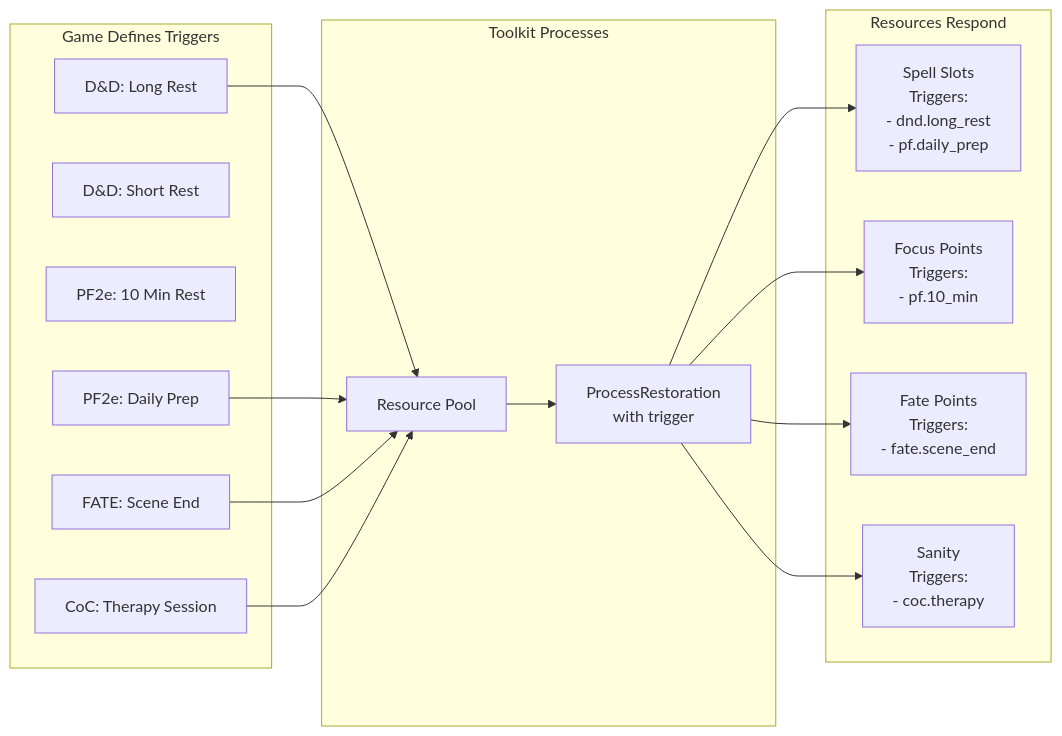
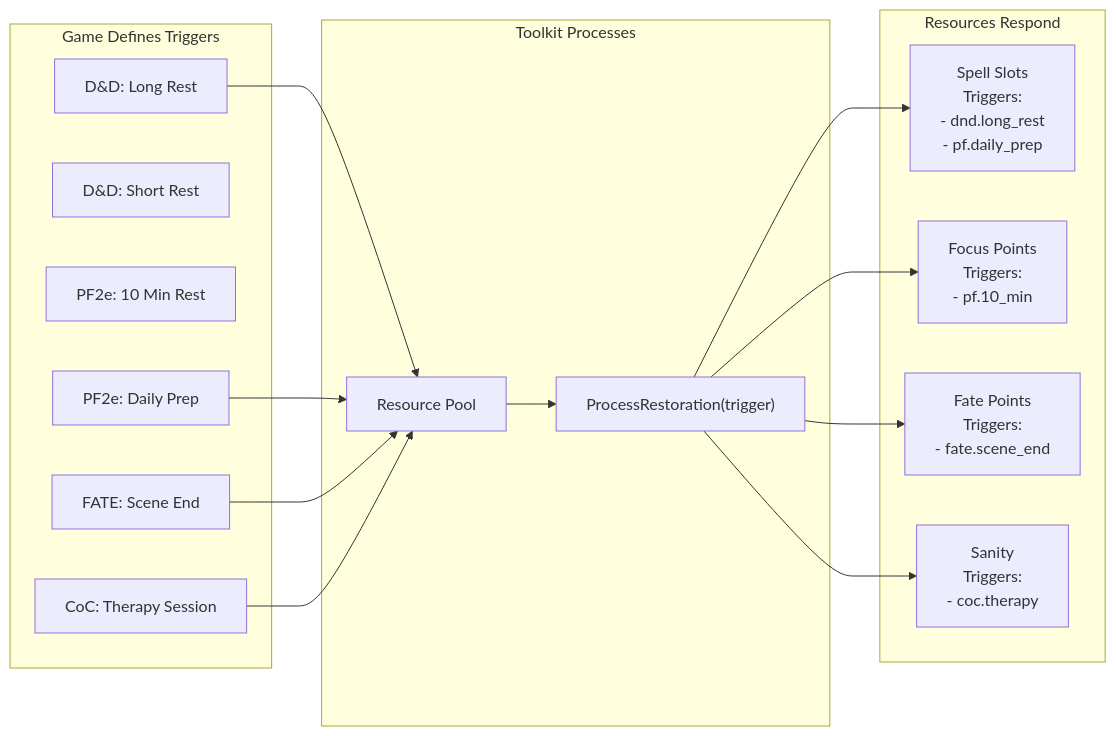
One commit to KirkDiggler/rpg-toolkit changed the sixth of 9 diagrams in docs/architecture-vision.md. Above: the diagram before and after it, drawn with Mermaid. The commit also changed 1 other file, not shown here.

Commit message:
escape the parantheses

````diff
--- a/docs/architecture-vision.md
+++ b/docs/architecture-vision.md
@@ -207,34 +207,34 @@
 ```mermaid
 flowchart LR
     subgraph "Game Defines Triggers"
         DND_LR[D&D: Long Rest]
         DND_SR[D&D: Short Rest]
         PF_10MIN[PF2e: 10 Min Rest]
         PF_DAILY[PF2e: Daily Prep]
         FATE_SCENE[FATE: Scene End]
         COC_THERAPY[CoC: Therapy Session]
     end
     
     subgraph "Toolkit Processes"
         Pool[Resource Pool]
-        Trigger[ProcessRestoration<br/>with trigger]
+        Trigger[ProcessRestoration#40;trigger#41;]
     end
     
     subgraph "Resources Respond"
         SpellSlots[Spell Slots<br/>Triggers:<br/>- dnd.long_rest<br/>- pf.daily_prep]
         FocusPoints[Focus Points<br/>Triggers:<br/>- pf.10_min]
         FatePoints[Fate Points<br/>Triggers:<br/>- fate.scene_end]
         Sanity[Sanity<br/>Triggers:<br/>- coc.therapy]
     end
     
     DND_LR --> Pool
     PF_DAILY --> Pool
     FATE_SCENE --> Pool
     COC_THERAPY --> Pool
     
     Pool --> Trigger
     Trigger --> SpellSlots
     Trigger --> FocusPoints
     Trigger --> FatePoints
     Trigger --> Sanity
 ```
````
